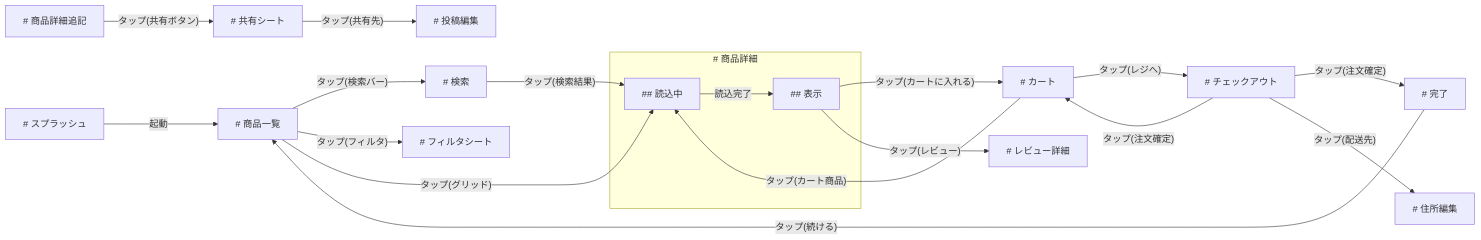
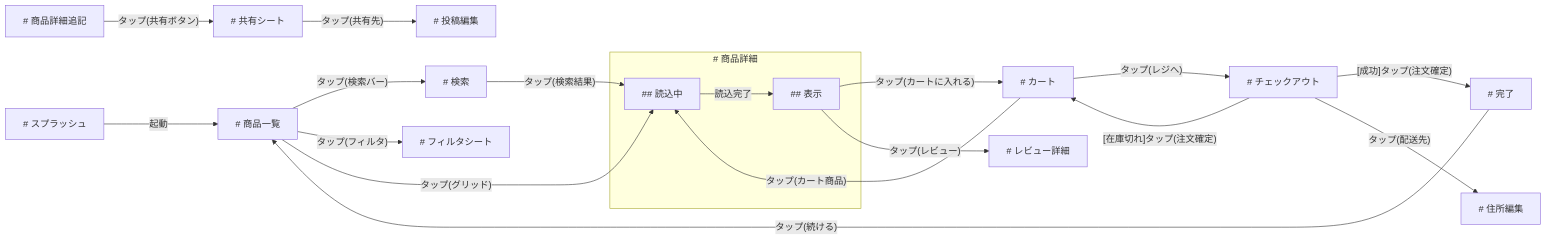
One commit to takasek/shitae changed the diagram in docs/example-ecommerce.mmd. Above: the diagram before and after it, drawn with Mermaid. The commit also changed 1 other file, not shown here.

```diff
--- a/docs/example-ecommerce.mmd
+++ b/docs/example-ecommerce.mmd
@@ -1,34 +1,34 @@
 flowchart LR
   スプラッシュ["# スプラッシュ"]
   商品一覧["# 商品一覧"]
   subgraph 商品詳細_group["# 商品詳細"]
     商品詳細_読込中["## 読込中"]
     商品詳細_表示["## 表示"]
   end
   フィルタシート["# フィルタシート"]
   カート["# カート"]
   チェックアウト["# チェックアウト"]
   完了["# 完了"]
   商品詳細追記["# 商品詳細追記"]
   共有シート["# 共有シート"]
   投稿編集["# 投稿編集"]
   検索["# 検索"]
   レビュー詳細["# レビュー詳細"]
   住所編集["# 住所編集"]
 
   スプラッシュ -->|"起動"| 商品一覧
   商品一覧 -->|"タップ(検索バー)"| 検索
   商品一覧 -->|"タップ(フィルタ)"| フィルタシート
   商品一覧 -->|"タップ(グリッド)"| 商品詳細_読込中
   商品詳細_読込中 -->|"読込完了"| 商品詳細_表示
   商品詳細_表示 -->|"タップ(カートに入れる)"| カート
   商品詳細_表示 -->|"タップ(レビュー)"| レビュー詳細
   カート -->|"タップ(レジへ)"| チェックアウト
   カート -->|"タップ(カート商品)"| 商品詳細_読込中
-  チェックアウト -->|"タップ(注文確定)"| 完了
-  チェックアウト -->|"タップ(注文確定)"| カート
+  チェックアウト -->|"[成功]タップ(注文確定)"| 完了
+  チェックアウト -->|"[在庫切れ]タップ(注文確定)"| カート
   チェックアウト -->|"タップ(配送先)"| 住所編集
   完了 -->|"タップ(続ける)"| 商品一覧
   商品詳細追記 -->|"タップ(共有ボタン)"| 共有シート
   共有シート -->|"タップ(共有先)"| 投稿編集
   検索 -->|"タップ(検索結果)"| 商品詳細_読込中
```
